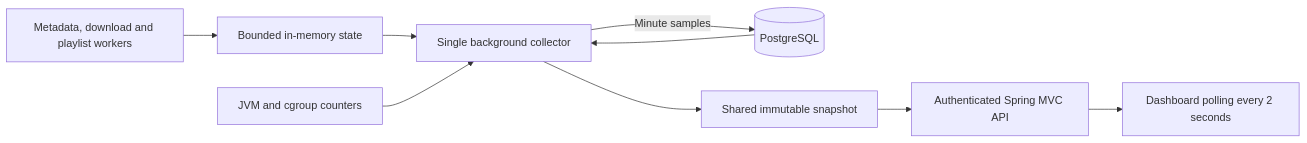
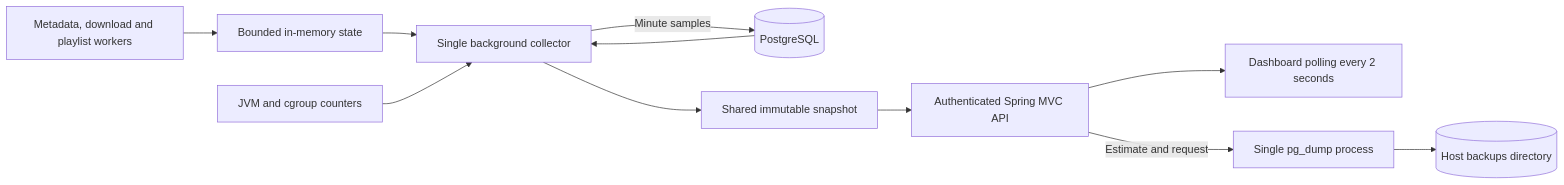
Before and after one commit to nkudrin713/kradnik: the diagram in README.md, drawn with Mermaid. The commit also changed other lines of this file and 16 other files, not shown here.

````diff
--- a/README.md
+++ b/README.md
@@ -100,11 +100,13 @@
 ```mermaid
 flowchart LR
     Workers[Metadata, download and playlist workers] --> Runtime[Bounded in-memory state]
     Postgres[(PostgreSQL)] --> Collector[Single background collector]
     Runtime --> Collector
     JVM[JVM and cgroup counters] --> Collector
     Collector -->|Minute samples| Postgres
     Collector --> Snapshot[Shared immutable snapshot]
     Snapshot --> API[Authenticated Spring MVC API]
     API --> Browser[Dashboard polling every 2 seconds]
+    API -->|Estimate and request| Backup[Single pg_dump process]
+    Backup --> Disk[(Host backups directory)]
 ```
````
